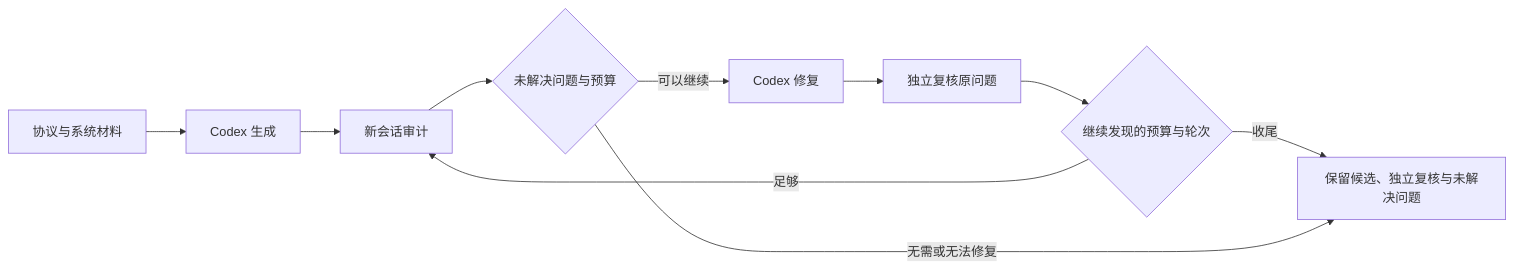
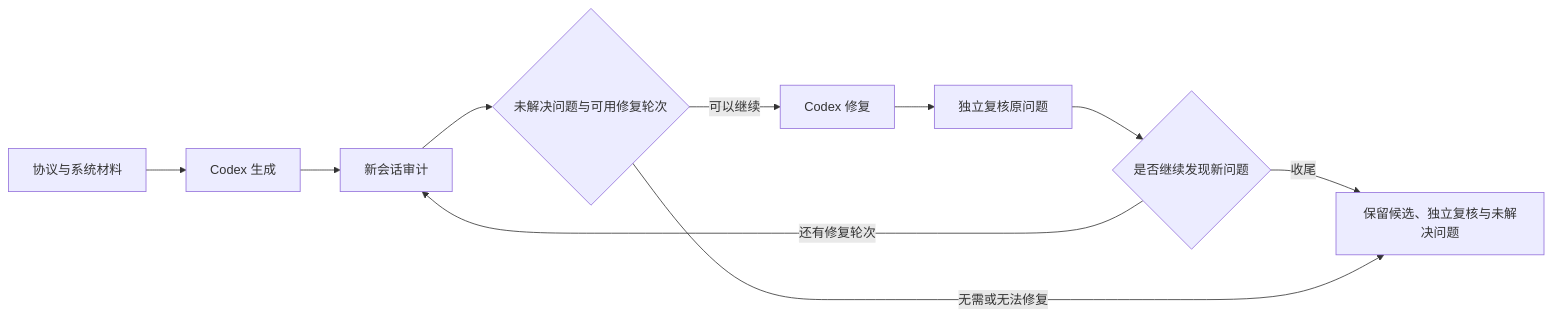
Before and after one commit to SuzumiyaHaruki/Consensus-fork: the diagram in README.md, drawn with Mermaid. The commit also changed other lines of this file and 62 other files, not shown here.

````diff
--- a/README.md
+++ b/README.md
@@ -56,12 +54,12 @@
 ```mermaid
 flowchart LR
     M[协议与系统材料] --> G[Codex 生成]
     G --> A[新会话审计]
-    A --> D{未解决问题与预算}
+    A --> D{未解决问题与可用修复轮次}
     D -->|可以继续| R[Codex 修复]
     R --> V[独立复核原问题]
-    V --> C{继续发现的预算与轮次}
-    C -->|足够| A
+    V --> C{是否继续发现新问题}
+    C -->|还有修复轮次| A
     C -->|收尾| E[保留候选、独立复核与未解决问题]
     D -->|无需或无法修复| E
 ```
````
